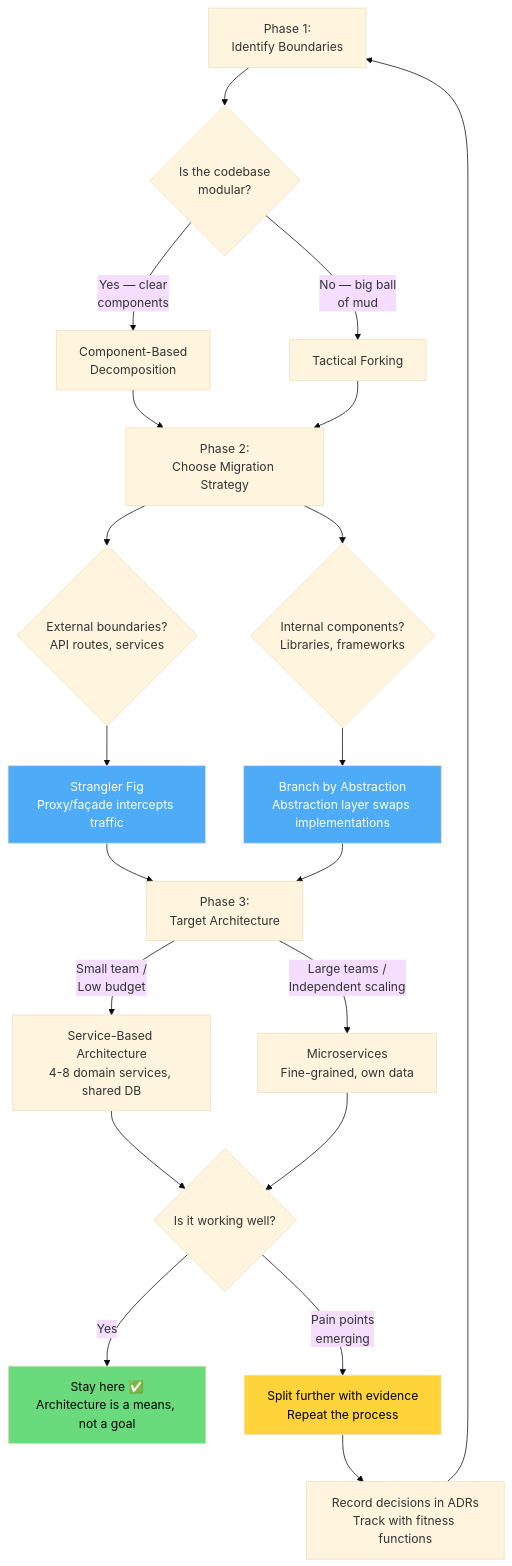
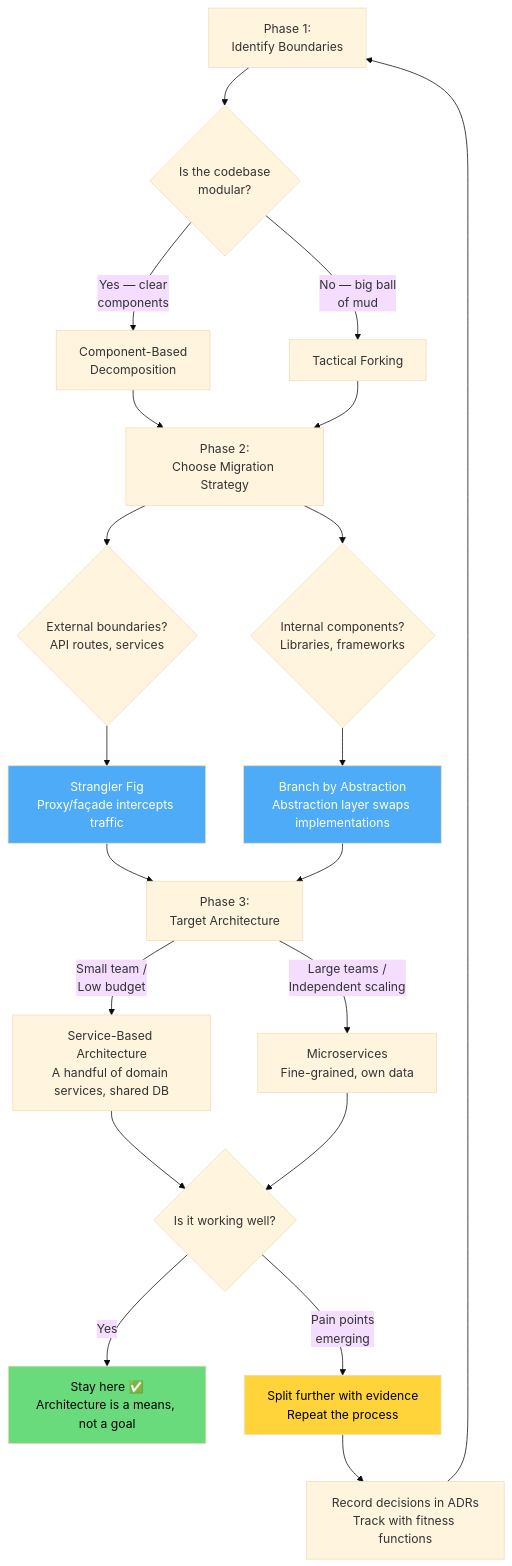
Before and after one commit to anaerobic/coupling: diagram 15 of 15 in brownfield-strategies.md, drawn with Mermaid (base theme). The commit also changed other lines of this file and 8 other files, not shown here.

````diff
--- a/brownfield-strategies.md
+++ b/brownfield-strategies.md
@@ -1749,35 +1755,35 @@
 ```mermaid
 flowchart TD
     A["Phase 1:<br/>Identify Boundaries"] --> B{Is the codebase<br/>modular?}
     B -->|"Yes — clear<br/>components"| C[Component-Based<br/>Decomposition]
     B -->|"No — big ball<br/>of mud"| D[Tactical Forking]
 
     C --> E["Phase 2:<br/>Choose Migration Strategy"]
     D --> E
 
     E --> SF{External boundaries?<br/>API routes, services}
     E --> BBA{Internal components?<br/>Libraries, frameworks}
 
     SF --> SFP[Strangler Fig<br/>Proxy/façade intercepts traffic]
     BBA --> BBAP[Branch by Abstraction<br/>Abstraction layer swaps implementations]
 
     SFP --> F["Phase 3:<br/>Target Architecture"]
     BBAP --> F
 
-    F -->|"Small team /<br/>Low budget"| G[Service-Based Architecture<br/>4-8 domain services, shared DB]
+    F -->|"Small team /<br/>Low budget"| G[Service-Based Architecture<br/>A handful of domain services, shared DB]
     F -->|"Large teams /<br/>Independent scaling"| H[Microservices<br/>Fine-grained, own data]
 
     G --> J{Is it working well?}
     H --> J
 
     J -->|"Yes"| K[Stay here ✅<br/>Architecture is a means, not a goal]
     J -->|"Pain points<br/>emerging"| L[Split further with evidence<br/>Repeat the process]
 
     L --> M[Record decisions in ADRs<br/>Track with fitness functions]
     M --> A
 
     style K fill:#69db7c,color:#000
     style L fill:#ffd43b,color:#000
     style SFP fill:#4dabf7,color:#fff
     style BBAP fill:#4dabf7,color:#fff
 ```
````
